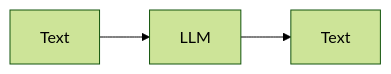
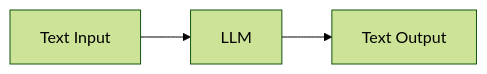
Before and after one commit to BrutLogic/Post: the fifth of 11 diagrams in README.md, drawn with Mermaid (forest theme). The commit also changed other lines of this file, not shown here.

````diff
--- a/README.md
+++ b/README.md
@@ -384,5 +171,5 @@
 ```mermaid
 graph LR
-    A[Text] --> B[LLM]
-    B --> C[Text]
+    A["Text Input"] --> B["LLM"]
+    B --> C["Text Output"]
 ```
````
